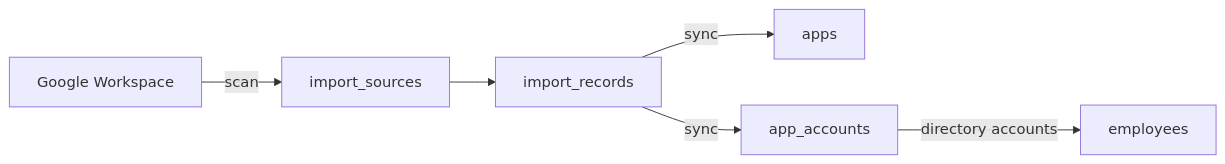
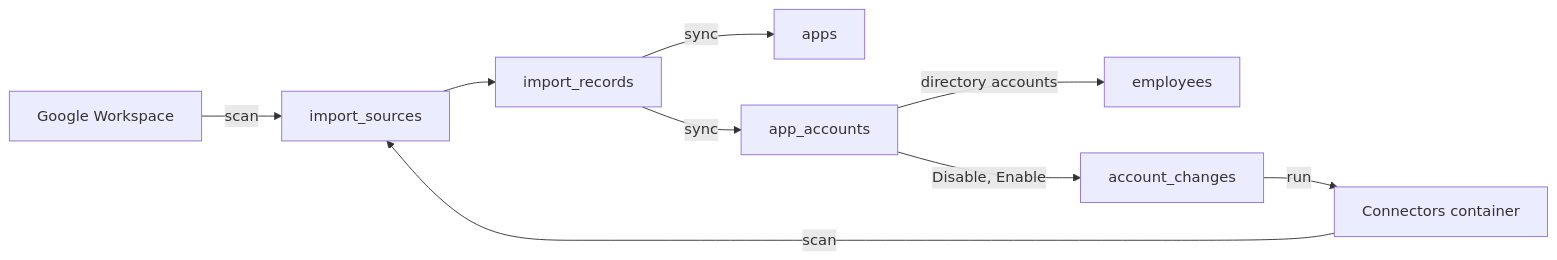
One commit to getbroccoli/broccoli-access changed the diagram in docs/data-model.md. Above: the diagram before and after it, drawn with Mermaid. The commit also changed other lines of this file and 6 other files, not shown here.

````diff
--- a/docs/data-model.md
+++ b/docs/data-model.md
@@ -15,8 +15,11 @@
 ```mermaid
 flowchart LR
   G[Google Workspace] -->|scan| S[import_sources]
+  K[Connectors container] -->|scan| S
   S --> R[import_records]
   R -->|sync| A[apps]
   R -->|sync| C[app_accounts]
   C -->|directory accounts| E[employees]
+  C -->|Disable, Enable| X[account_changes]
+  X -->|run| K
 ```
````
